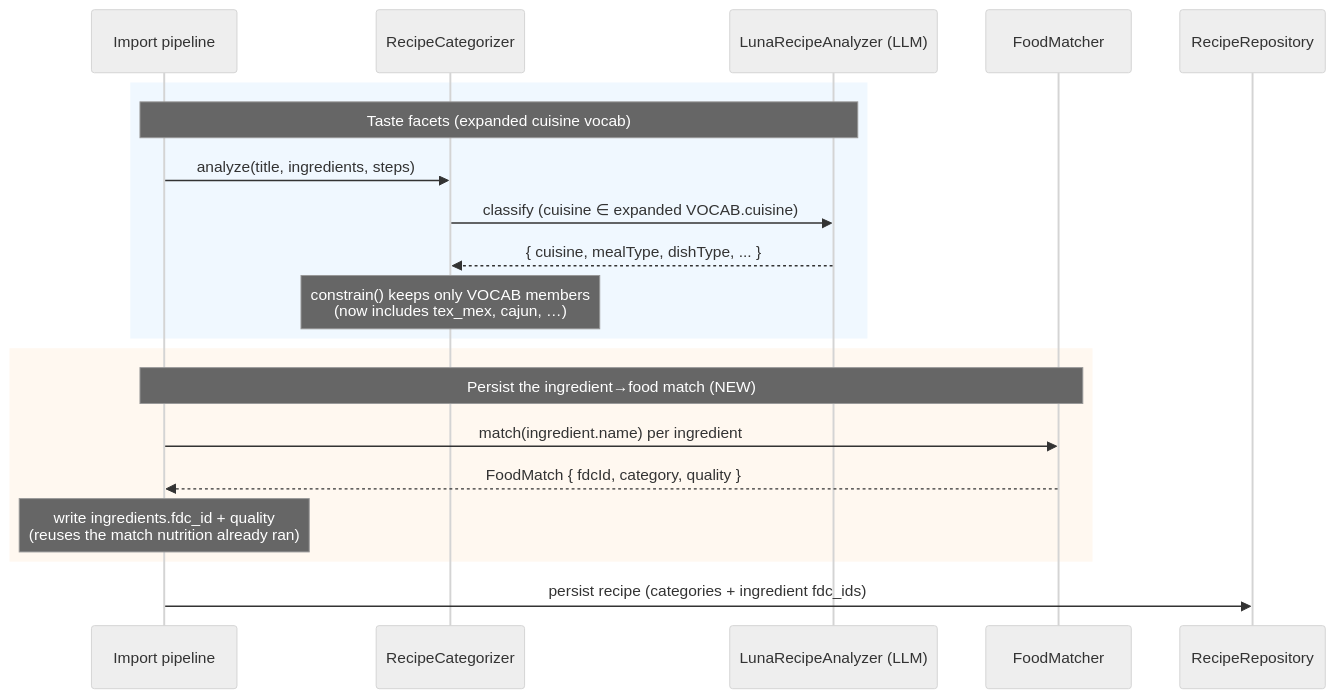
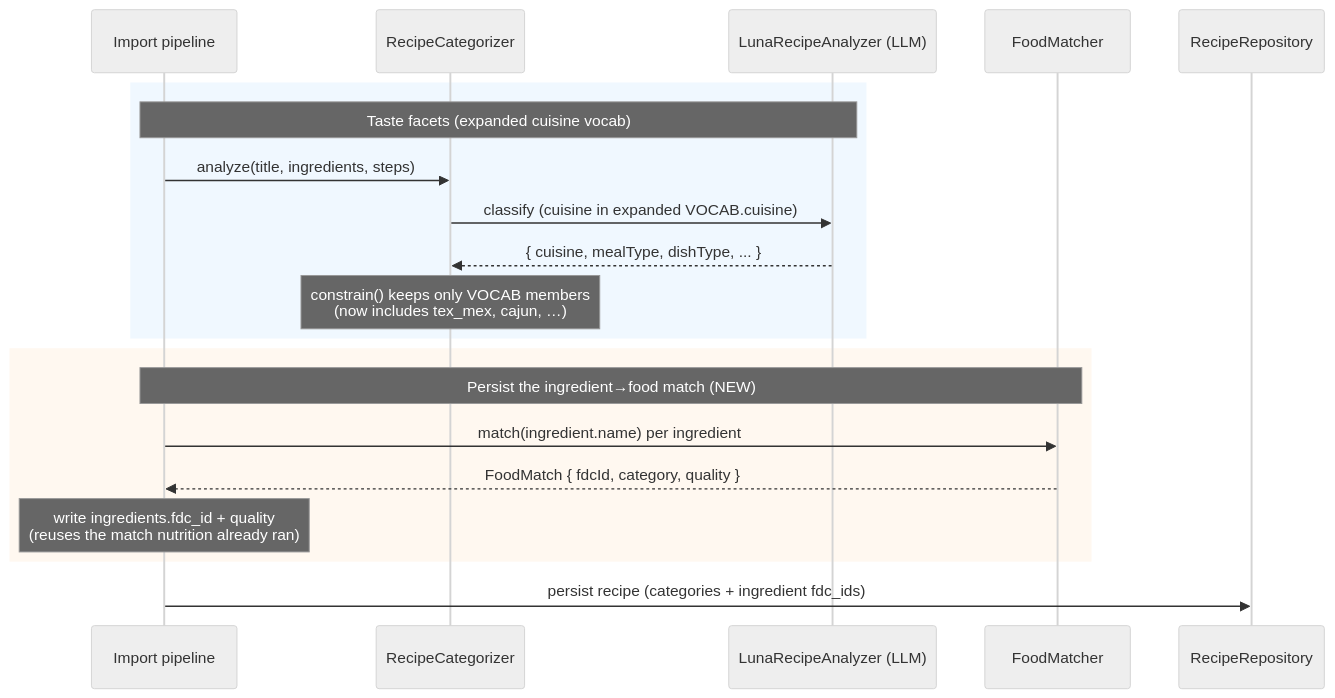
The second of 6 diagrams in docs/ranking/taste-classification-affinity.md (jordangaston/harvest), drawn with Mermaid (neutral theme) before and after one commit. The commit also changed other lines of this file, not shown here.

Commit message:
docs(ranking): render mermaid on GitHub (backtick fences + classDiagram fixes)

````diff
--- a/docs/ranking/taste-classification-affinity.md
+++ b/docs/ranking/taste-classification-affinity.md
@@ -93,25 +93,25 @@
-~~~mermaid
+```mermaid
 sequenceDiagram
     participant Pipe as Import pipeline
     participant Cat as RecipeCategorizer
     participant Luna as LunaRecipeAnalyzer (LLM)
     participant Match as FoodMatcher
     participant Repo as RecipeRepository
 
     rect rgb(240, 248, 255)
     note over Pipe,Luna: Taste facets (expanded cuisine vocab)
     Pipe->>Cat: analyze(title, ingredients, steps)
-    Cat->>Luna: classify (cuisine ∈ expanded VOCAB.cuisine)
+    Cat->>Luna: classify (cuisine in expanded VOCAB.cuisine)
     Luna-->>Cat: { cuisine, mealType, dishType, ... }
     note over Cat: constrain() keeps only VOCAB members<br/>(now includes tex_mex, cajun, …)
     end
 
     rect rgb(255, 248, 240)
     note over Pipe,Match: Persist the ingredient→food match (NEW)
     Pipe->>Match: match(ingredient.name) per ingredient
     Match-->>Pipe: FoodMatch { fdcId, category, quality }
     note over Pipe: write ingredients.fdc_id + quality<br/>(reuses the match nutrition already ran)
     end
 
     Pipe->>Repo: persist recipe (categories + ingredient fdc_ids)
-~~~
+```
````
